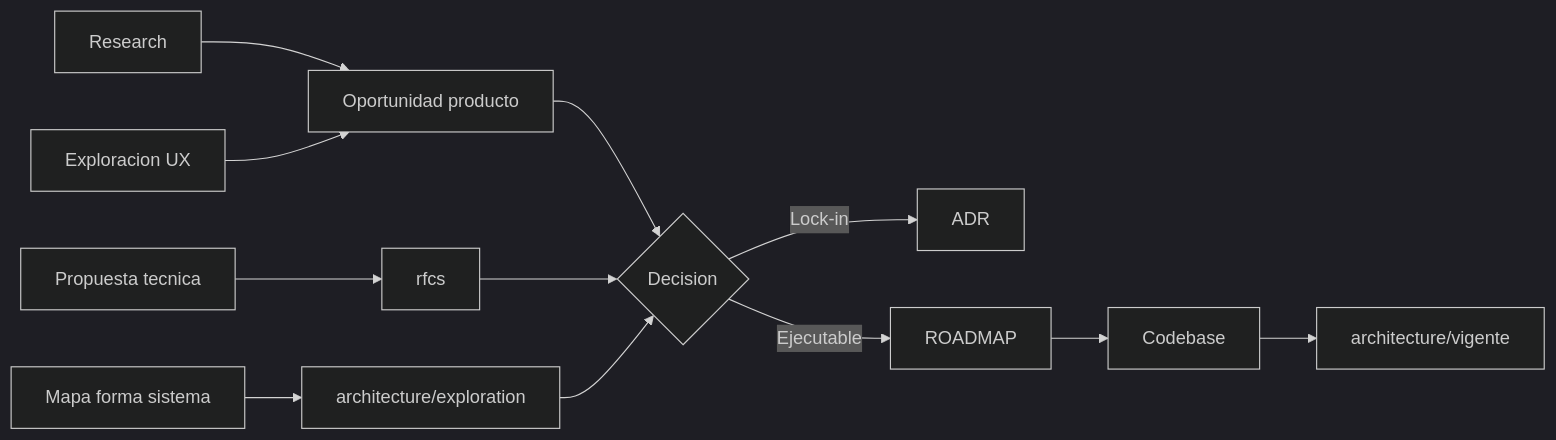
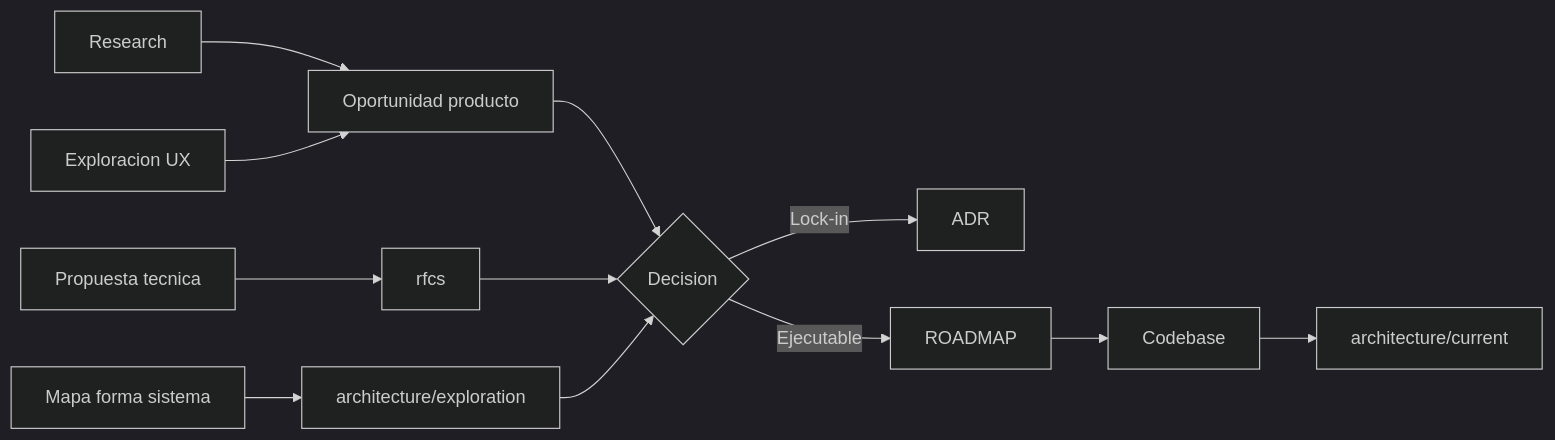
One commit to tomasbarrios/agent-scripts changed the diagram in docs-kit/templates/docs/README.md. Above: the diagram before and after it, drawn with Mermaid (dark theme). The commit also changed other lines of this file and 6 other files, not shown here.

Commit message:
Rename architecture/vigente to architecture/current in docs-kit.

````diff
--- a/docs-kit/templates/docs/README.md
+++ b/docs-kit/templates/docs/README.md
@@ -51,14 +51,14 @@
 ```mermaid
 flowchart LR
   research[Research] --> opportunity[Oportunidad producto]
   design[Exploracion UX] --> opportunity
   tech[Propuesta tecnica] --> rfcs[rfcs]
   techMap[Mapa forma sistema] --> explorationArch[architecture/exploration]
   opportunity --> decision{Decision}
   rfcs --> decision
   explorationArch --> decision
   decision -->|Lock-in| adr[ADR]
   decision -->|Ejecutable| roadmap[ROADMAP]
   roadmap --> code[Codebase]
-  code --> vigenteArch[architecture/vigente]
+  code --> currentArch[architecture/current]
 ```
````
